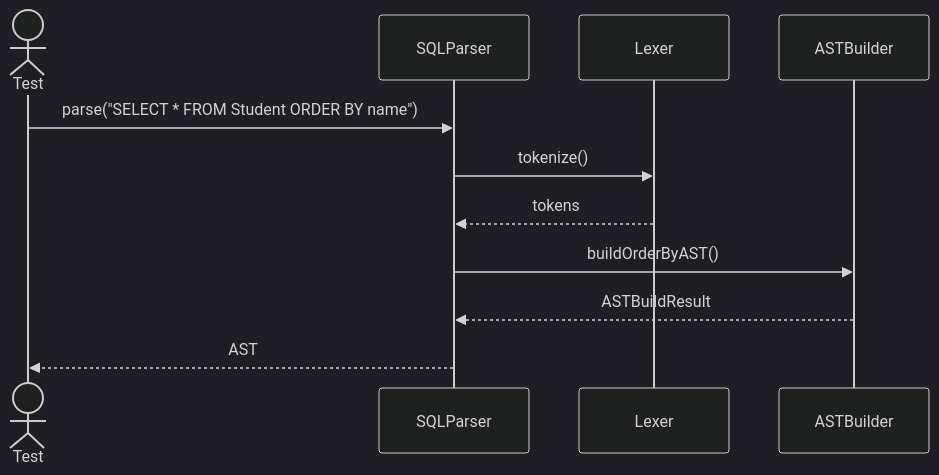
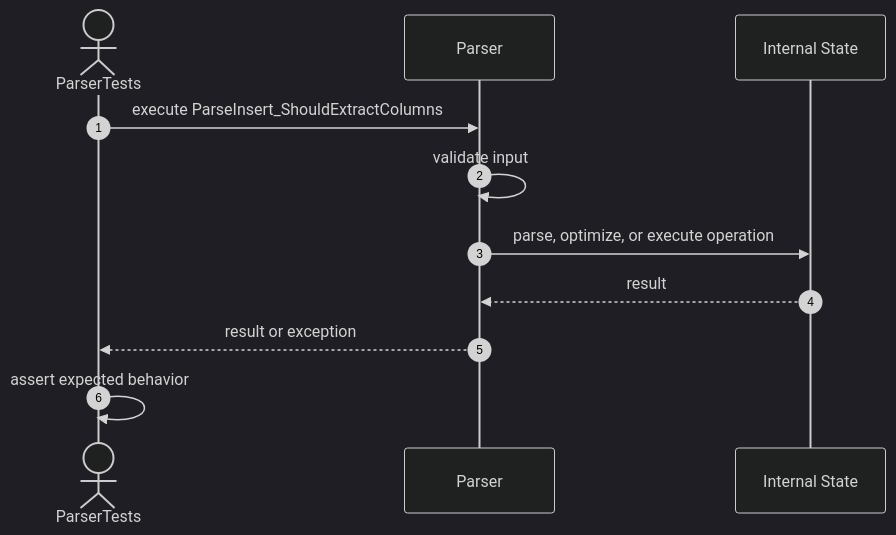
Before and after one commit to FhuAnn/-bbv-AN-s-DBMS: diagram 13 of 22 in src/tests/unit/query/sequences/sql-parser-testing.se.md, drawn with Mermaid (dark theme). The commit also changed other lines of this file and 36 other files, not shown here.

````diff
--- a/src/tests/unit/query/sequences/sql-parser-testing.se.md
+++ b/src/tests/unit/query/sequences/sql-parser-testing.se.md
@@ -213,14 +211,14 @@
 ```mermaid
 sequenceDiagram
-actor Test
-participant SQLParser
-participant Lexer
-participant ASTBuilder
+    autonumber
+    actor Test as ParserTests
+    participant Target as Parser
+    participant Internal as Internal State
 
-Test->>SQLParser: parse("SELECT * FROM Student ORDER BY name")
-SQLParser->>Lexer: tokenize()
-Lexer-->>SQLParser: tokens
-SQLParser->>ASTBuilder: buildOrderByAST()
-ASTBuilder-->>SQLParser: ASTBuildResult
-SQLParser-->>Test: AST
+    Test->>Target: execute ParseInsert_ShouldExtractColumns
+    Target->>Target: validate input
+    Target->>Internal: parse, optimize, or execute operation
+    Internal-->>Target: result
+    Target-->>Test: result or exception
+    Test->>Test: assert expected behavior
 ```
````
